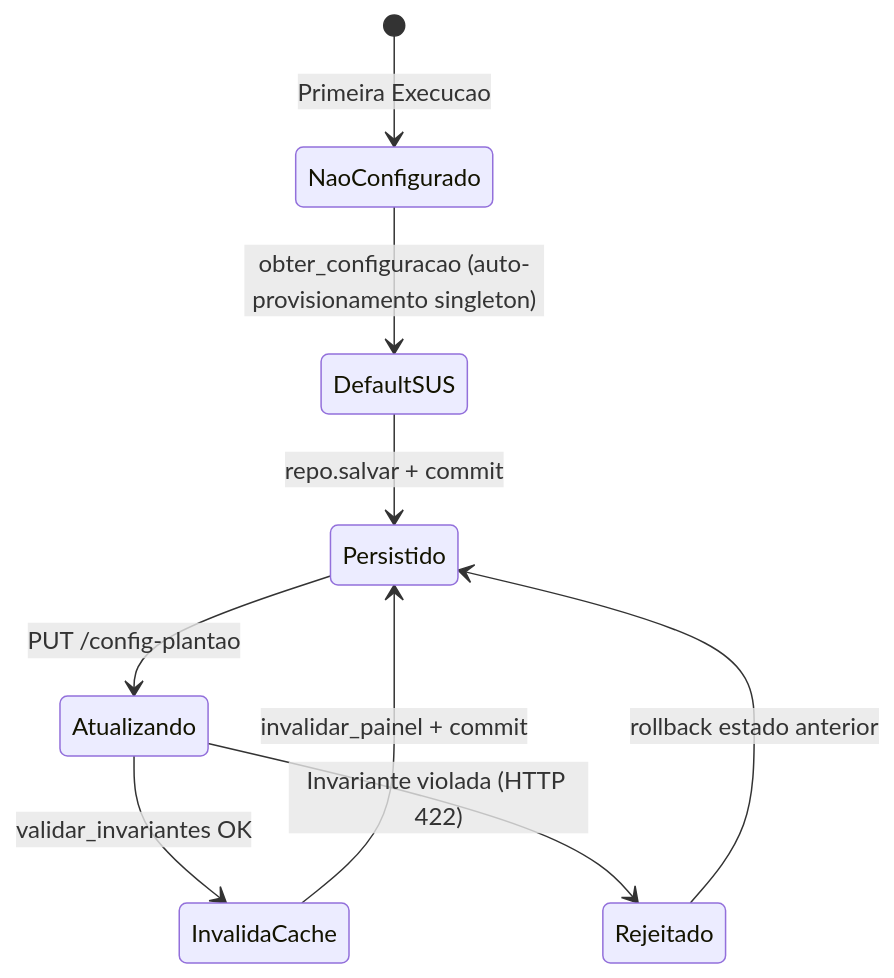
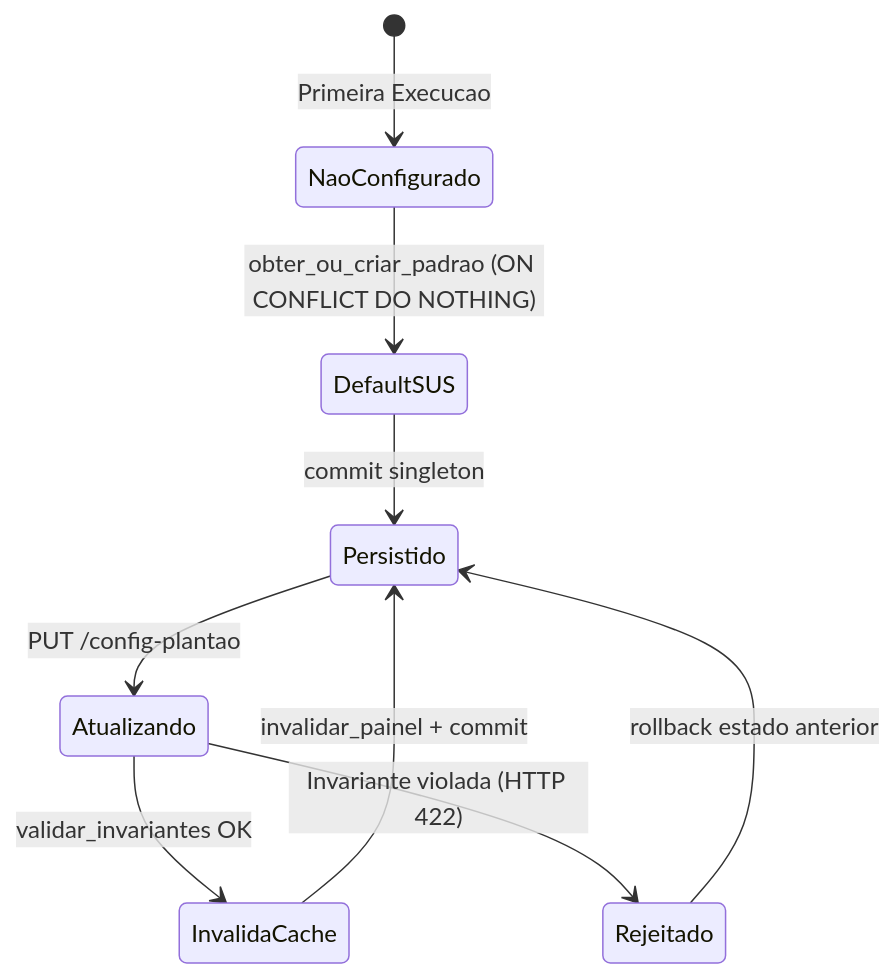
Before and after one commit to Rafaelp122/medisync: the first of 2 diagrams in docs/explanation/domains/telemetry-domain.md, drawn with Mermaid. The commit also changed other lines of this file and 38 other files, not shown here.

````diff
--- a/docs/explanation/domains/telemetry-domain.md
+++ b/docs/explanation/domains/telemetry-domain.md
@@ -36,11 +35,11 @@
 ```mermaid
 stateDiagram-v2
     [*] --> NaoConfigurado: Primeira Execucao
-    NaoConfigurado --> DefaultSUS: obter_configuracao (auto-provisionamento singleton)
-    DefaultSUS --> Persistido: repo.salvar + commit
+    NaoConfigurado --> DefaultSUS: obter_ou_criar_padrao (ON CONFLICT DO NOTHING)
+    DefaultSUS --> Persistido: commit singleton
     Persistido --> Atualizando: PUT /config-plantao
     Atualizando --> InvalidaCache: validar_invariantes OK
     InvalidaCache --> Persistido: invalidar_painel + commit
     Atualizando --> Rejeitado: Invariante violada (HTTP 422)
     Rejeitado --> Persistido: rollback estado anterior
 ```
````
